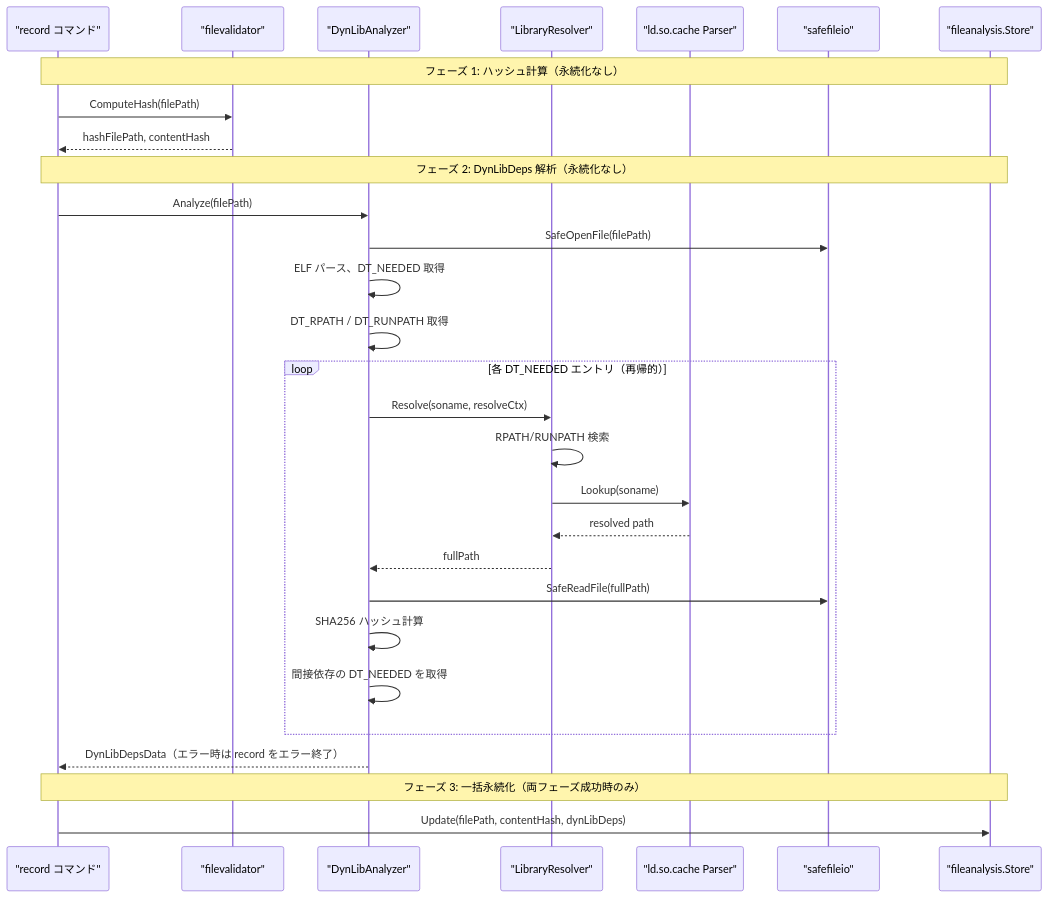
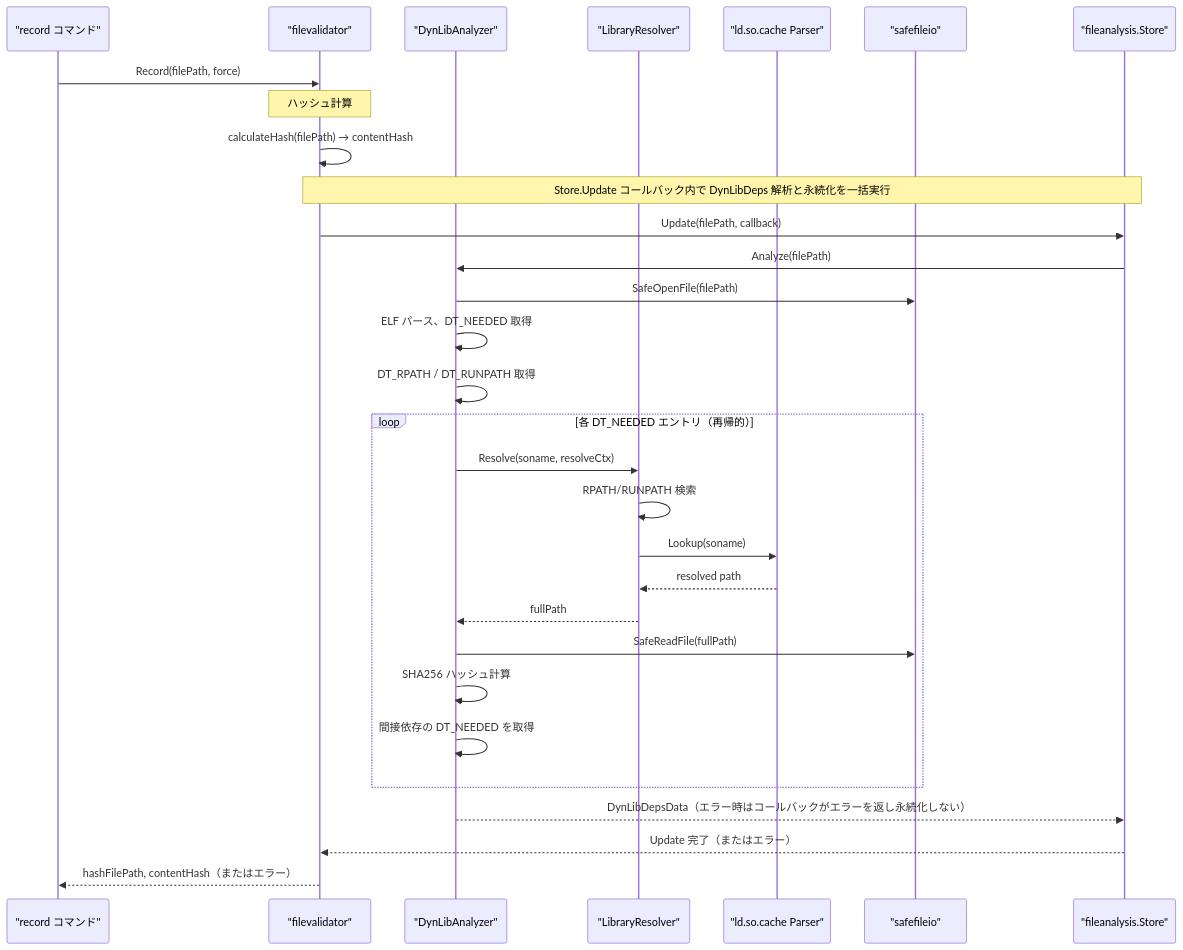
One commit to isseis/go-safe-cmd-runner changed the third of 11 diagrams in docs/tasks/0074_elf_dynlib_integrity/02_architecture.md. Above: the diagram before and after it, drawn with Mermaid. The commit also changed other lines of this file, not shown here.

First line of the commit message:
docs(0074): redesign record flow to use Store.Update callback for atomicity

````diff
--- a/docs/tasks/0074_elf_dynlib_integrity/02_architecture.md
+++ b/docs/tasks/0074_elf_dynlib_integrity/02_architecture.md
@@ -117,36 +117,37 @@
 ```mermaid
 sequenceDiagram
     participant RC as "record コマンド"
     participant FV as "filevalidator"
     participant DLA as "DynLibAnalyzer"
     participant LR as "LibraryResolver"
     participant LDC as "ld.so.cache Parser"
     participant SFO as "safefileio"
     participant FAS as "fileanalysis.Store"
 
-    Note over RC,FAS: フェーズ 1: ハッシュ計算（永続化なし）
-    RC->>FV: ComputeHash(filePath)
-    FV-->>RC: hashFilePath, contentHash
+    RC->>FV: Record(filePath, force)
+    Note over FV: ハッシュ計算
+    FV->>FV: calculateHash(filePath) → contentHash
 
-    Note over RC,FAS: フェーズ 2: DynLibDeps 解析（永続化なし）
-    RC->>DLA: Analyze(filePath)
+    Note over FV,FAS: Store.Update コールバック内で DynLibDeps 解析と永続化を一括実行
+    FV->>FAS: Update(filePath, callback)
+
+    FAS->>DLA: Analyze(filePath)
     DLA->>SFO: SafeOpenFile(filePath)
     DLA->>DLA: ELF パース、DT_NEEDED 取得
     DLA->>DLA: DT_RPATH / DT_RUNPATH 取得
 
     loop 各 DT_NEEDED エントリ（再帰的）
         DLA->>LR: Resolve(soname, resolveCtx)
         LR->>LR: RPATH/RUNPATH 検索
         LR->>LDC: Lookup(soname)
         LDC-->>LR: resolved path
         LR-->>DLA: fullPath
         DLA->>SFO: SafeReadFile(fullPath)
         DLA->>DLA: SHA256 ハッシュ計算
         DLA->>DLA: 間接依存の DT_NEEDED を取得
     end
 
-    DLA-->>RC: DynLibDepsData（エラー時は record をエラー終了）
-
-    Note over RC,FAS: フェーズ 3: 一括永続化（両フェーズ成功時のみ）
-    RC->>FAS: Update(filePath, contentHash, dynLibDeps)
+    DLA-->>FAS: DynLibDepsData（エラー時はコールバックがエラーを返し永続化しない）
+    FAS-->>FV: Update 完了（またはエラー）
+    FV-->>RC: hashFilePath, contentHash（またはエラー）
 ```
````
